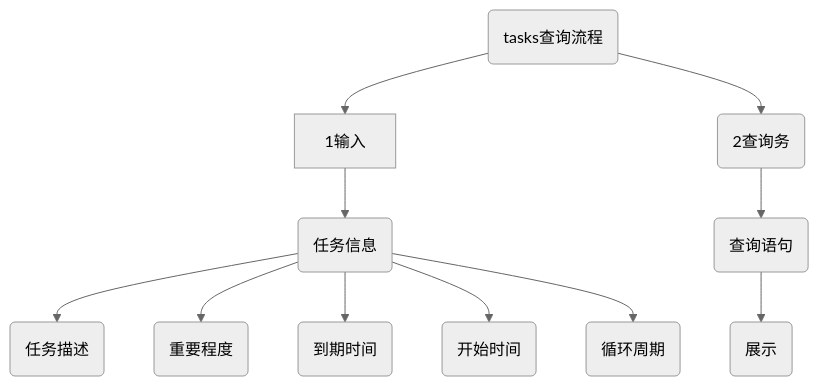
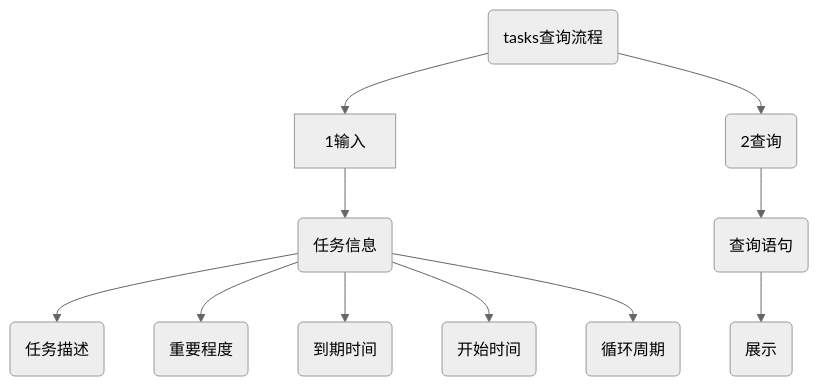
One commit to kickTiger/obsidian-doc changed the diagram in docs/src/zh/advanced/tasks进阶(2).md. Above: the diagram before and after it, drawn with Mermaid (neutral theme). The commit also changed other lines of this file and 10 other files, not shown here.

````diff
--- a/docs/src/zh/advanced/tasks进阶(2).md
+++ b/docs/src/zh/advanced/tasks进阶(2).md
@@ -16,15 +16,15 @@
 ```mermaid
   flowchart TD
       A("tasks查询流程") --> B["1输入"]
-      A --> C("2查询务")
+      A --> C("2查询")
       
       B --> B1("任务信息")
       B1 --> B11("任务描述")  
       B1 --> B12("重要程度")  
       B1 --> B13("到期时间")  
       B1 --> B14("开始时间")  
       B1 --> B15("循环周期")  
       
       C --> C1("查询语句")  
       C1 --> C11("展示")    
 ```
````
